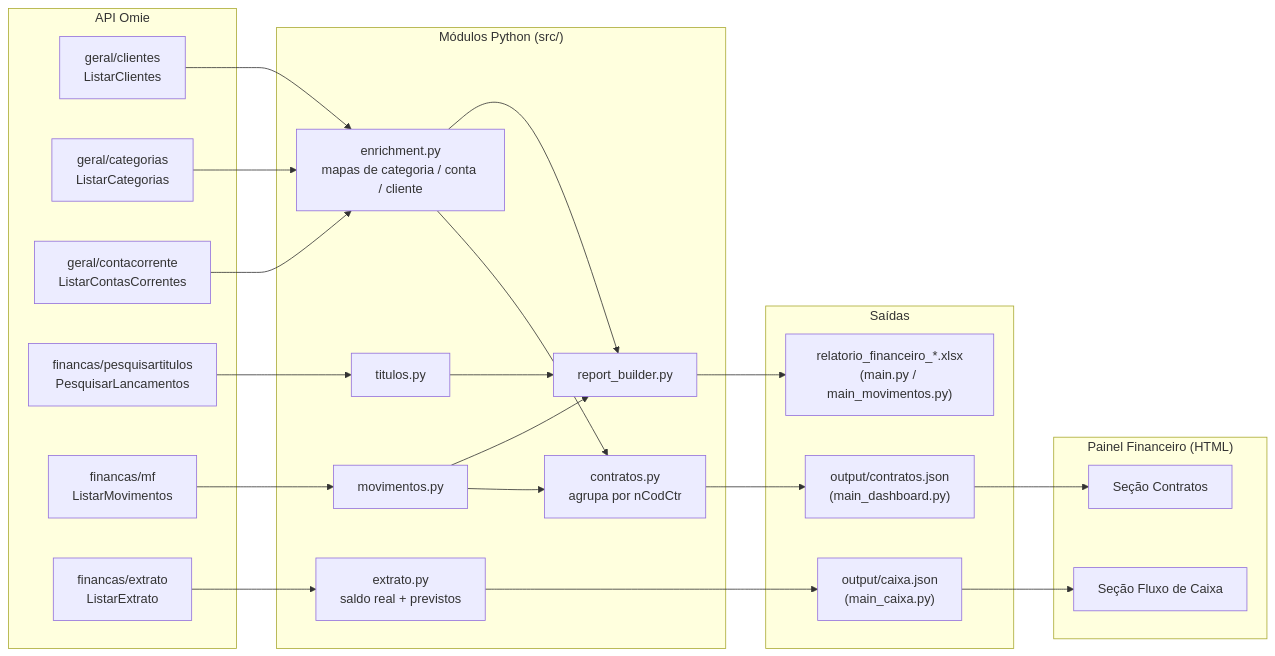
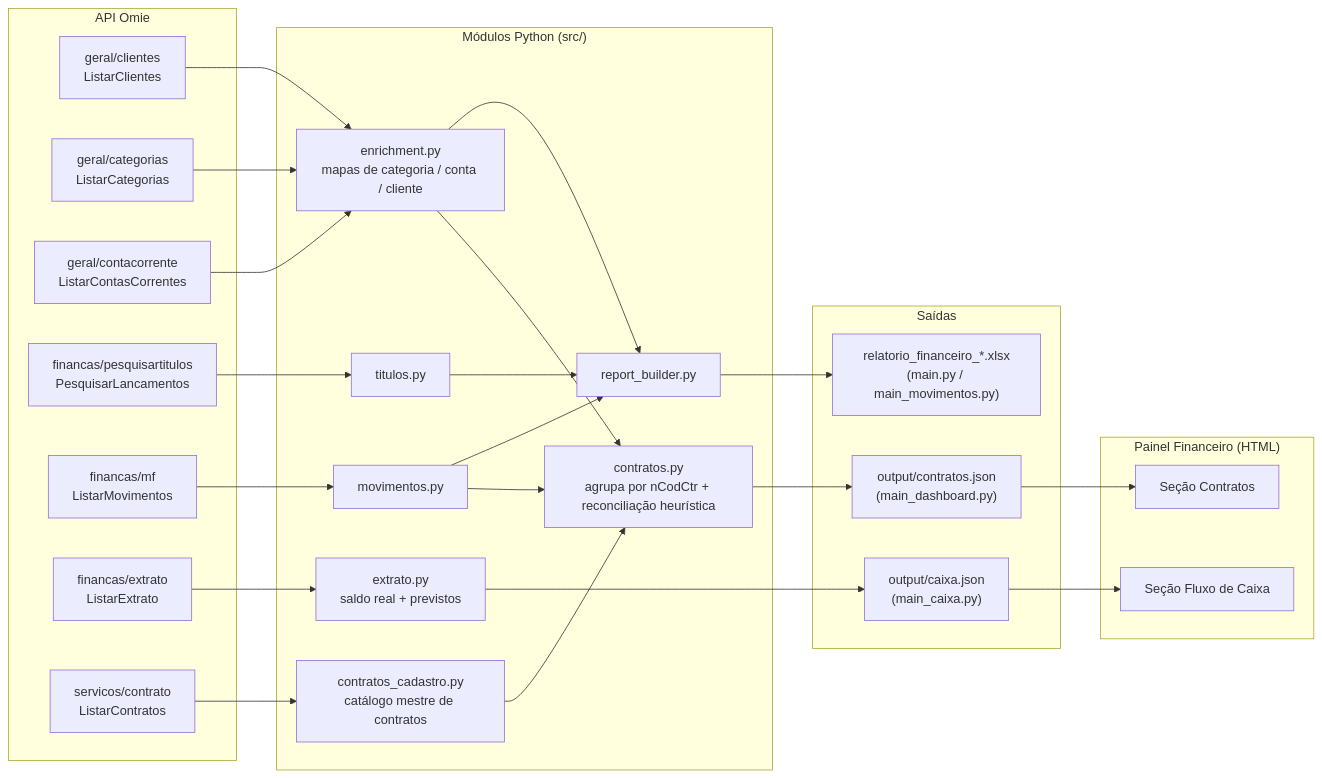
Before and after one commit to gustavocoiimbra/-NEW-Omie: the diagram in GLOSSARIO.md, drawn with Mermaid. The commit also changed other lines of this file and 6 other files, not shown here.

````diff
--- a/GLOSSARIO.md
+++ b/GLOSSARIO.md
@@ -26,48 +30,51 @@
 ```mermaid
 flowchart LR
     subgraph API["API Omie"]
         EP1["geral/clientes<br/>ListarClientes"]
         EP2["geral/categorias<br/>ListarCategorias"]
         EP3["geral/contacorrente<br/>ListarContasCorrentes"]
         EP4["financas/pesquisartitulos<br/>PesquisarLancamentos"]
         EP5["financas/mf<br/>ListarMovimentos"]
         EP6["financas/extrato<br/>ListarExtrato"]
+        EP7["servicos/contrato<br/>ListarContratos"]
     end
 
     subgraph MOD["Módulos Python (src/)"]
         ENR["enrichment.py<br/>mapas de categoria / conta / cliente"]
         TIT["titulos.py"]
         MOV["movimentos.py"]
-        CTR["contratos.py<br/>agrupa por nCodCtr"]
+        CTRCAD["contratos_cadastro.py<br/>catálogo mestre de contratos"]
+        CTR["contratos.py<br/>agrupa por nCodCtr + reconciliação heurística"]
         EXT["extrato.py<br/>saldo real + previstos"]
         RB["report_builder.py"]
     end
 
     EP1 --> ENR
     EP2 --> ENR
     EP3 --> ENR
     EP4 --> TIT --> RB
     EP5 --> MOV --> RB
     MOV --> CTR
+    EP7 --> CTRCAD --> CTR
     EP6 --> EXT
     ENR --> RB
     ENR --> CTR
 
     subgraph OUT["Saídas"]
         XLS["relatorio_financeiro_*.xlsx<br/>(main.py / main_movimentos.py)"]
         CJSON["output/contratos.json<br/>(main_dashboard.py)"]
         KJSON["output/caixa.json<br/>(main_caixa.py)"]
     end
 
     RB --> XLS
     CTR --> CJSON
     EXT --> KJSON
 
     subgraph DASH["Painel Financeiro (HTML)"]
         DK["Seção Fluxo de Caixa"]
         DC["Seção Contratos"]
     end
 
     KJSON --> DK
     CJSON --> DC
 ```
````
